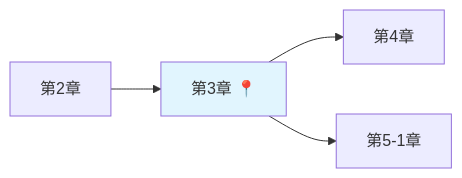
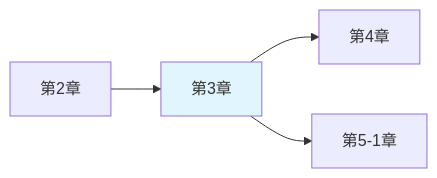
Before and after one commit to itdojp/supabase-architecture-patterns-book: the fourth of 4 diagrams in docs/chapters/chapter03/index.md, drawn with Mermaid. The commit also changed other lines of this file and 49 other files, not shown here.

````diff
--- a/docs/chapters/chapter03/index.md
+++ b/docs/chapters/chapter03/index.md
@@ -2205,8 +2205,8 @@
 ```mermaid
 flowchart LR
-    A[第2章] --> B[第3章 📍]
+    A[第2章] --> B[第3章 ]
     B --> C[第4章]
     B --> D[第5-1章]
     
     style B fill:#e1f5fe
 ```
````
